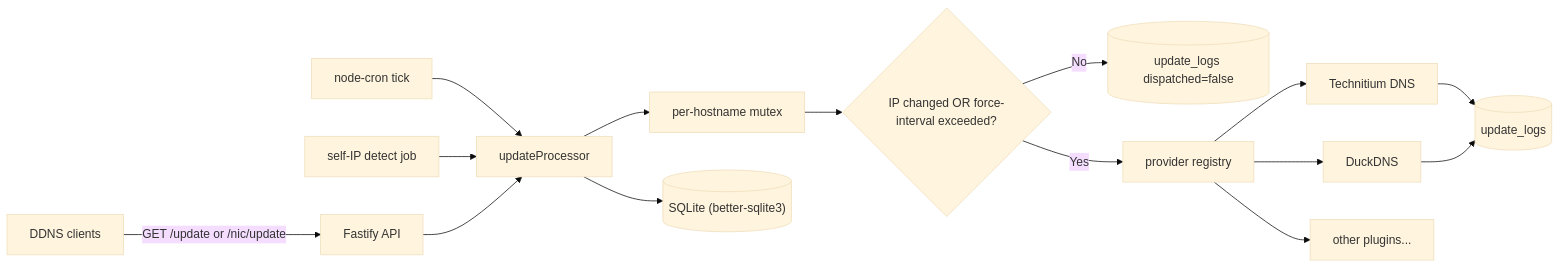
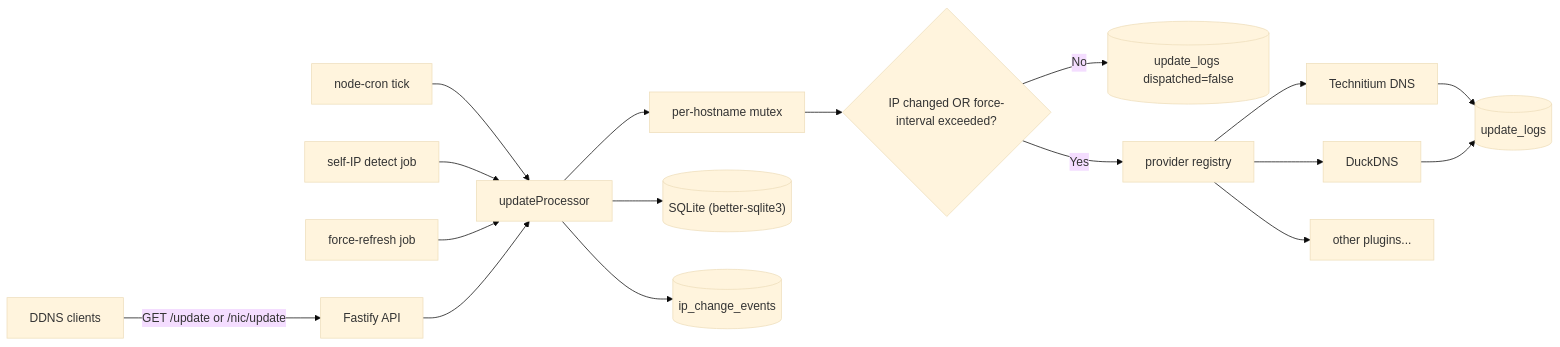
The diagram in README.md (lent85/wm-dynamic.dns), drawn with Mermaid (base theme) before and after one commit. The commit also changed other lines of this file and 5 other files, not shown here.

````diff
--- a/README.md
+++ b/README.md
@@ -121,17 +143,19 @@
 ```mermaid
 flowchart LR
   client["DDNS clients"] -->|"GET /update or /nic/update"| api[Fastify API]
   scheduler["node-cron tick"] --> svc[updateProcessor]
   selfDetect["self-IP detect job"] --> svc
+  forceJob["force-refresh job"] --> svc
   api --> svc
   svc --> mutex["per-hostname mutex"]
   mutex --> cache{"IP changed OR force-interval exceeded?"}
   cache -->|No| log1[("update_logs dispatched=false")]
   cache -->|Yes| registry["provider registry"]
   registry --> tech["Technitium DNS"]
   registry --> duck["DuckDNS"]
   registry --> ext["other plugins..."]
   tech --> log2[("update_logs")]
   duck --> log2
   svc --> db[("SQLite (better-sqlite3)")]
+  svc --> ipHist[("ip_change_events")]
 ```
````
